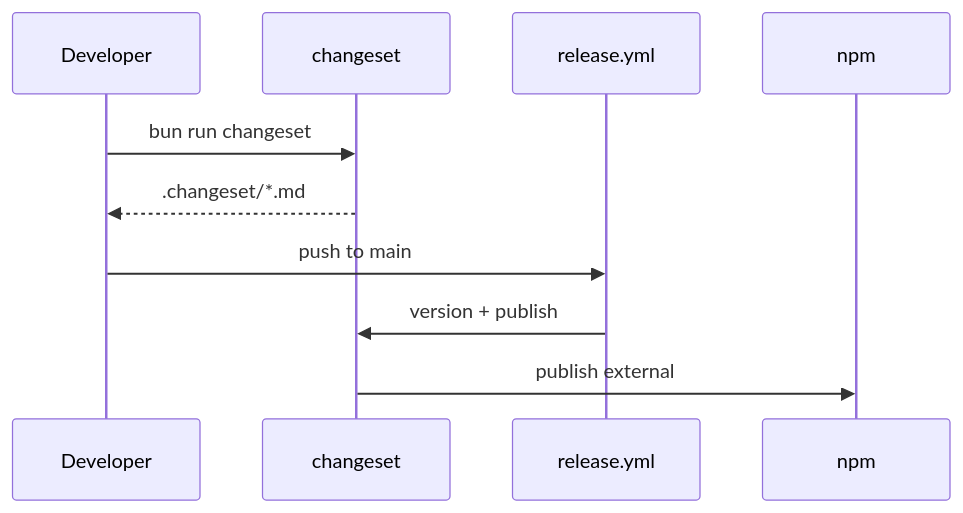
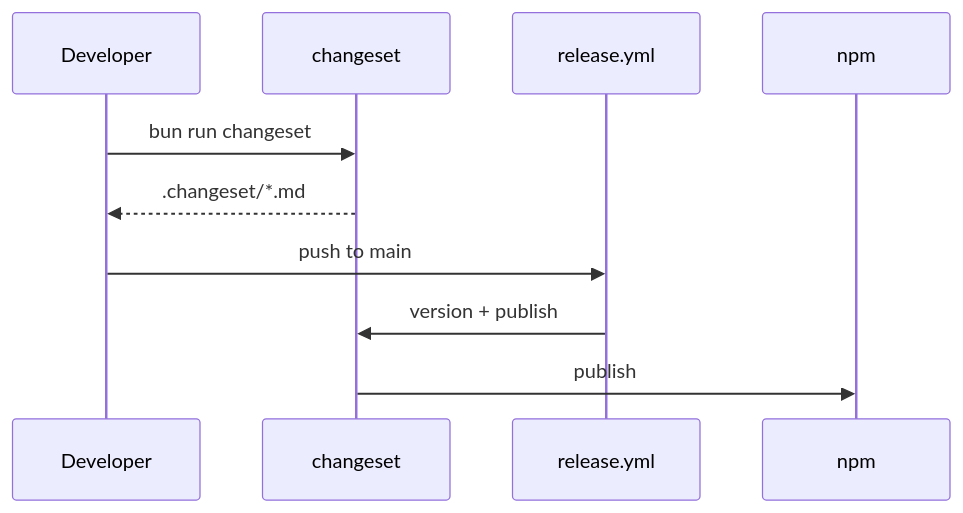
The diagram in configs/changeset/README.md (Archont561/ts-monorepo-template), drawn with Mermaid before and after one commit. The commit also changed other lines of this file and 32 other files, not shown here.

````diff
--- a/configs/changeset/README.md
+++ b/configs/changeset/README.md
@@ -30,13 +32,13 @@
 ```mermaid
 sequenceDiagram
     participant Dev as Developer
     participant CS as changeset
     participant CI as release.yml
     participant NPM as npm
 
     Dev->>CS: bun run changeset
     CS-->>Dev: .changeset/*.md
     Dev->>CI: push to main
     CI->>CS: version + publish
-    CS->>NPM: publish external
+    CS->>NPM: publish
 ```
````
